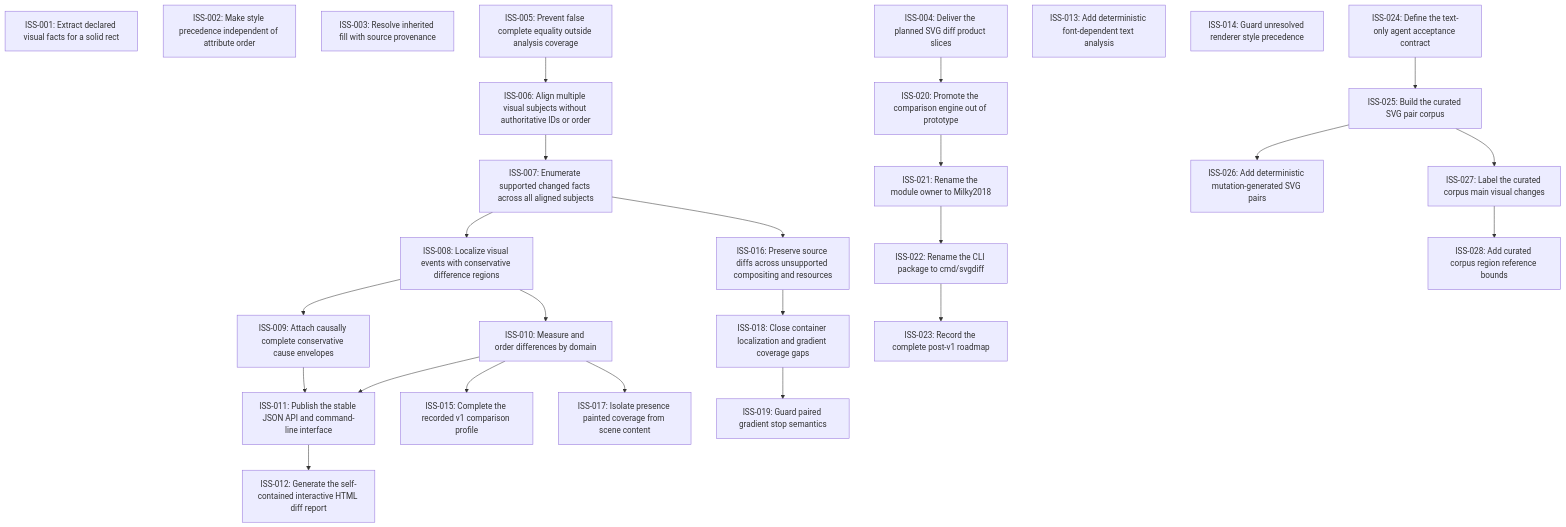
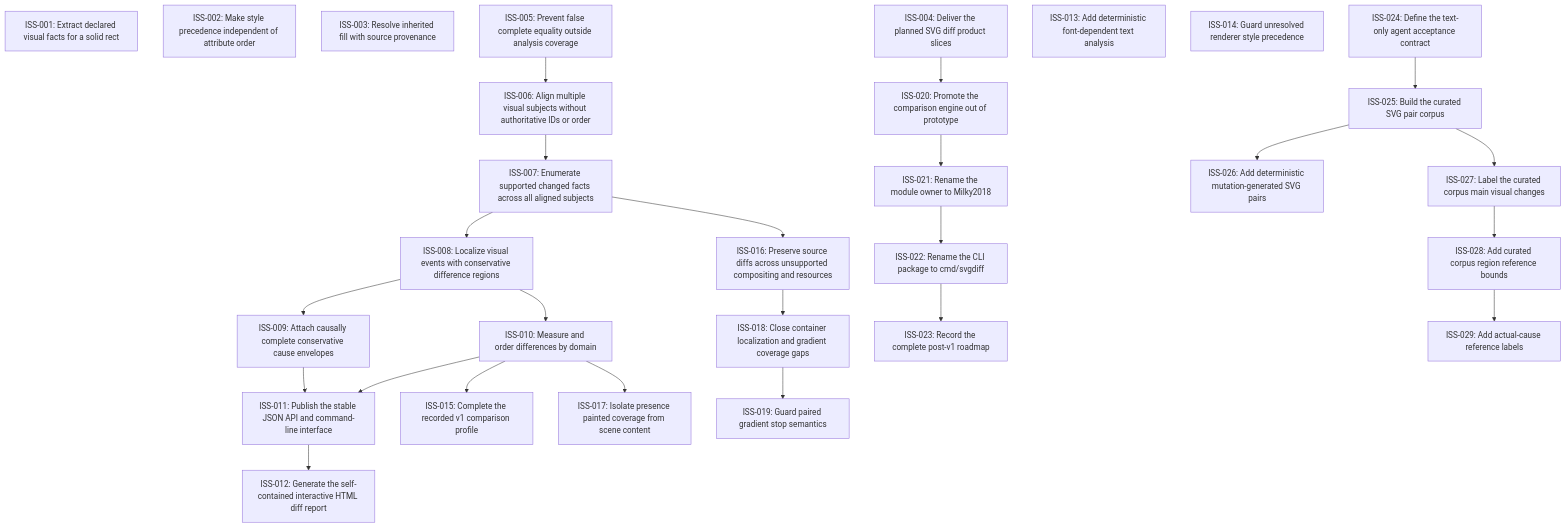
The diagram in issues/README.md (moonbit-community/svgdiff), drawn with Mermaid before and after one commit. The commit also changed 5 other files, not shown here.

Commit message:
Add actual-cause reference labels

````diff
--- a/issues/README.md
+++ b/issues/README.md
@@ -18,52 +18,54 @@
 ```mermaid
 graph TD
   ISS_001["ISS-001: Extract declared visual facts for a solid rect"]
   ISS_002["ISS-002: Make style precedence independent of attribute order"]
   ISS_003["ISS-003: Resolve inherited fill with source provenance"]
   ISS_004["ISS-004: Deliver the planned SVG diff product slices"]
   ISS_005["ISS-005: Prevent false complete equality outside analysis coverage"]
   ISS_006["ISS-006: Align multiple visual subjects without authoritative IDs or order"]
   ISS_007["ISS-007: Enumerate supported changed facts across all aligned subjects"]
   ISS_008["ISS-008: Localize visual events with conservative difference regions"]
   ISS_009["ISS-009: Attach causally complete conservative cause envelopes"]
   ISS_010["ISS-010: Measure and order differences by domain"]
   ISS_011["ISS-011: Publish the stable JSON API and command-line interface"]
   ISS_012["ISS-012: Generate the self-contained interactive HTML diff report"]
   ISS_013["ISS-013: Add deterministic font-dependent text analysis"]
   ISS_014["ISS-014: Guard unresolved renderer style precedence"]
   ISS_015["ISS-015: Complete the recorded v1 comparison profile"]
   ISS_016["ISS-016: Preserve source diffs across unsupported compositing and resources"]
   ISS_017["ISS-017: Isolate presence painted coverage from scene content"]
   ISS_018["ISS-018: Close container localization and gradient coverage gaps"]
   ISS_019["ISS-019: Guard paired gradient stop semantics"]
   ISS_020["ISS-020: Promote the comparison engine out of prototype"]
   ISS_021["ISS-021: Rename the module owner to Milky2018"]
   ISS_022["ISS-022: Rename the CLI package to cmd/svgdiff"]
   ISS_023["ISS-023: Record the complete post-v1 roadmap"]
   ISS_024["ISS-024: Define the text-only agent acceptance contract"]
   ISS_025["ISS-025: Build the curated SVG pair corpus"]
   ISS_026["ISS-026: Add deterministic mutation-generated SVG pairs"]
   ISS_027["ISS-027: Label the curated corpus main visual changes"]
   ISS_028["ISS-028: Add curated corpus region reference bounds"]
+  ISS_029["ISS-029: Add actual-cause reference labels"]
   ISS_005 --> ISS_006
   ISS_006 --> ISS_007
   ISS_007 --> ISS_008
   ISS_008 --> ISS_009
   ISS_008 --> ISS_010
   ISS_009 --> ISS_011
   ISS_010 --> ISS_011
   ISS_011 --> ISS_012
   ISS_010 --> ISS_015
   ISS_007 --> ISS_016
   ISS_010 --> ISS_017
   ISS_016 --> ISS_018
   ISS_018 --> ISS_019
   ISS_004 --> ISS_020
   ISS_020 --> ISS_021
   ISS_021 --> ISS_022
   ISS_022 --> ISS_023
   ISS_024 --> ISS_025
   ISS_025 --> ISS_026
   ISS_025 --> ISS_027
   ISS_027 --> ISS_028
+  ISS_028 --> ISS_029
 ```
````
